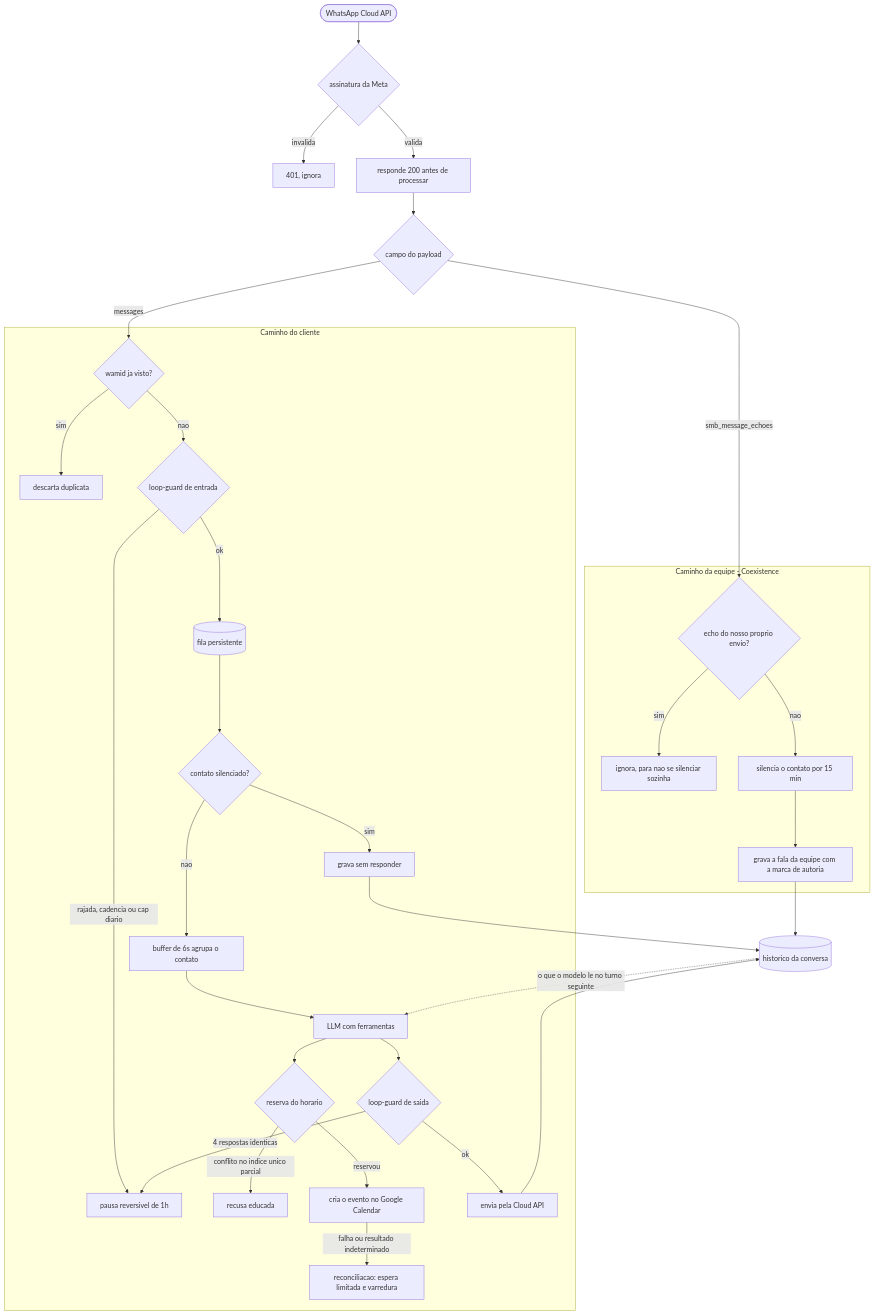
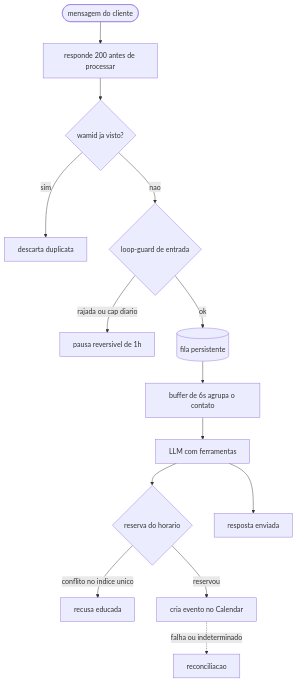
The second of 4 diagrams in README.md (andrenv14/sofia-vitrine), drawn with Mermaid before and after one commit. The commit also changed other lines of this file, not shown here.

First line of the commit message:
Vitrine: um diagrama grande vira quatro pequenos por assunto, links do produto no topo, prosa enxuta

````diff
--- a/README.md
+++ b/README.md
@@ -33,67 +59,16 @@
 ```mermaid
 flowchart TB
-    META([WhatsApp Cloud API])
-    HMAC{assinatura da Meta}
-    X401[401, ignora]
-    ACK[responde 200 antes de processar]
-    CAMPO{campo do payload}
-
-    subgraph CLIENTE[Caminho do cliente]
-        C1{wamid ja visto?}
-        C2[descarta duplicata]
-        C3{loop-guard de entrada}
-        C4[pausa reversivel de 1h]
-        C5[(fila persistente)]
-        C6{contato silenciado?}
-        C7[grava sem responder]
-        C8[buffer de 6s agrupa o contato]
-        C9[LLM com ferramentas]
-        C10{reserva do horario}
-        C11[recusa educada]
-        C12[cria o evento no Google Calendar]
-        C13[reconciliacao: espera limitada e varredura]
-        C14{loop-guard de saida}
-        C15[envia pela Cloud API]
-    end
-
-    subgraph EQUIPE[Caminho da equipe - Coexistence]
-        E1{echo do nosso proprio envio?}
-        E2[ignora, para nao se silenciar sozinha]
-        E3[silencia o contato por 15 min]
-        E4[grava a fala da equipe com a marca de autoria]
-    end
-
-    H[(historico da conversa)]
-
-    META --> HMAC
-    HMAC -->|invalida| X401
-    HMAC -->|valida| ACK
-    ACK --> CAMPO
-    CAMPO -->|messages| C1
-    CAMPO -->|smb_message_echoes| E1
-
-    C1 -->|sim| C2
-    C1 -->|nao| C3
-    C3 -->|rajada, cadencia ou cap diario| C4
-    C3 -->|ok| C5
-    C5 --> C6
-    C6 -->|sim| C7
-    C6 -->|nao| C8
-    C8 --> C9
-    C9 --> C10
-    C10 -->|conflito no indice unico parcial| C11
-    C10 -->|reservou| C12
-    C12 -->|falha ou resultado indeterminado| C13
-    C9 --> C14
-    C14 -->|4 respostas identicas| C4
-    C14 -->|ok| C15
-
-    E1 -->|sim| E2
-    E1 -->|nao| E3
-    E3 --> E4
-
-    C7 --> H
-    C15 --> H
-    E4 --> H
-    H -.->|o que o modelo le no turno seguinte| C9
+    IN([mensagem do cliente]) --> ACK[responde 200 antes de processar]
+    ACK --> DEDUP{wamid ja visto?}
+    DEDUP -->|sim| FIM[descarta duplicata]
+    DEDUP -->|nao| GUARD{loop-guard de entrada}
+    GUARD -->|rajada ou cap diario| PAUSA[pausa reversivel de 1h]
+    GUARD -->|ok| FILA[(fila persistente)]
+    FILA --> BUF[buffer de 6s agrupa o contato]
+    BUF --> LLM[LLM com ferramentas]
+    LLM --> RES{reserva do horario}
+    RES -->|conflito no indice unico| NAO[recusa educada]
+    RES -->|reservou| CAL[cria evento no Calendar]
+    CAL -.->|falha ou indeterminado| REC[reconciliacao]
+    LLM --> OUT[resposta enviada]
 ```
````
